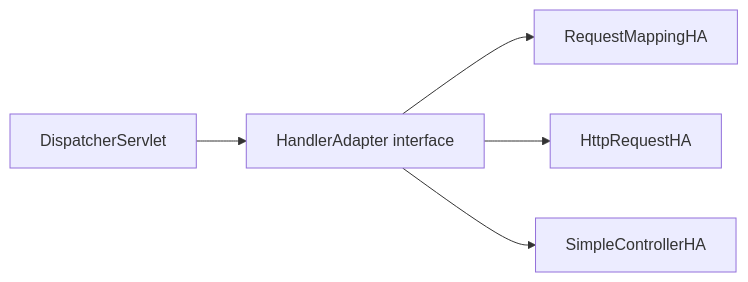
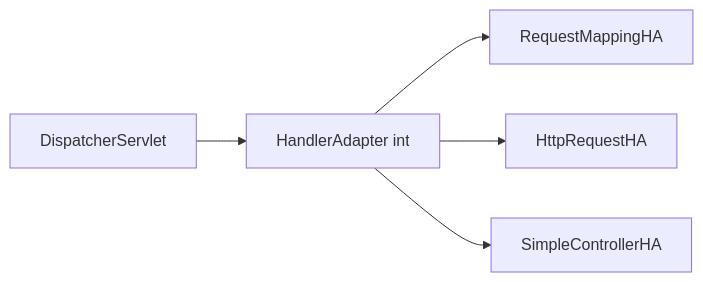
One commit to yjkim2015/yjkim2015.github.io changed the fourth of 12 diagrams in _posts/spring/2026-05-02-spring-mvc-deep.md. Above: the diagram before and after it, drawn with Mermaid. The commit also changed other lines of this file and 245 other files, not shown here.

First line of the commit message:
Mermaid 다이어그램 전면 수정 + 면접 포인트 접기/펼치기 + DB 데드락 페이지

````diff
--- a/_posts/spring/2026-05-02-spring-mvc-deep.md
+++ b/_posts/spring/2026-05-02-spring-mvc-deep.md
@@ -356,7 +356,7 @@
 ```mermaid
 graph LR
-    A[DispatcherServlet] --> B[HandlerAdapter interface]
+    A[DispatcherServlet] --> B["HandlerAdapter int"]
     B --> C[RequestMappingHA]
     B --> D[HttpRequestHA]
     B --> E[SimpleControllerHA]
 ```
````
